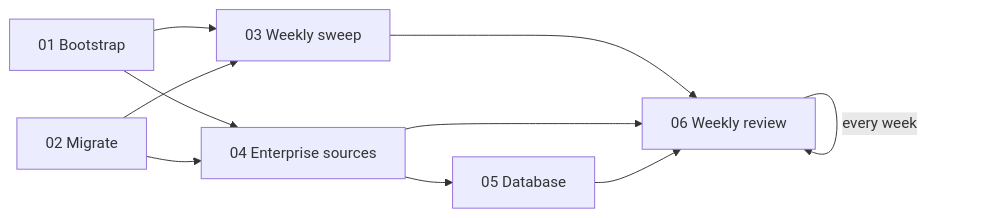
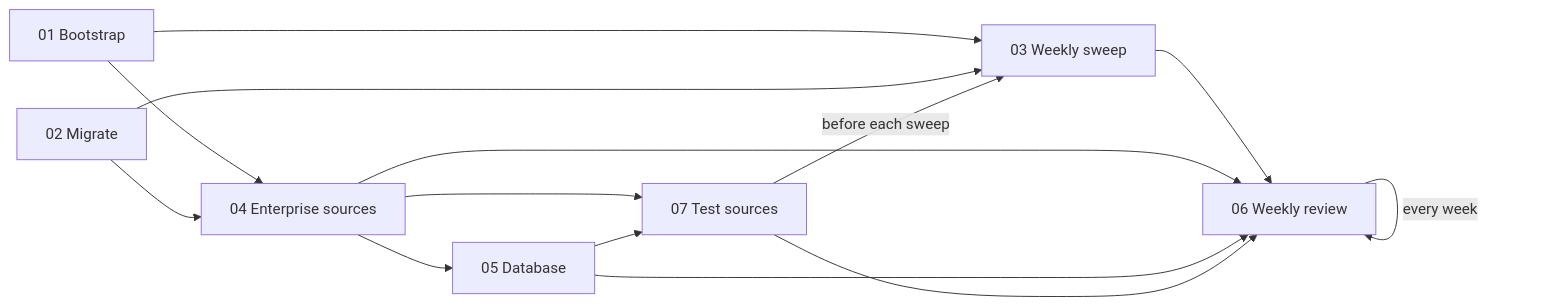
The diagram in prompts/README.md (aliomraniH/application-organizer), drawn with Mermaid before and after one commit. The commit also changed other lines of this file and 12 other files, not shown here.

````diff
--- a/prompts/README.md
+++ b/prompts/README.md
@@ -16,12 +17,16 @@
 ```mermaid
 flowchart LR
     A[01 Bootstrap] --> C[03 Weekly sweep]
     B[02 Migrate] --> C
     A --> D[04 Enterprise sources]
     B --> D
     D --> E[05 Database]
     C --> F[06 Weekly review]
     D --> F
     E --> F
+    D --> G[07 Test sources]
+    E --> G
+    G -->|before each sweep| C
+    G --> F
     F -->|every week| F
 ```
````
